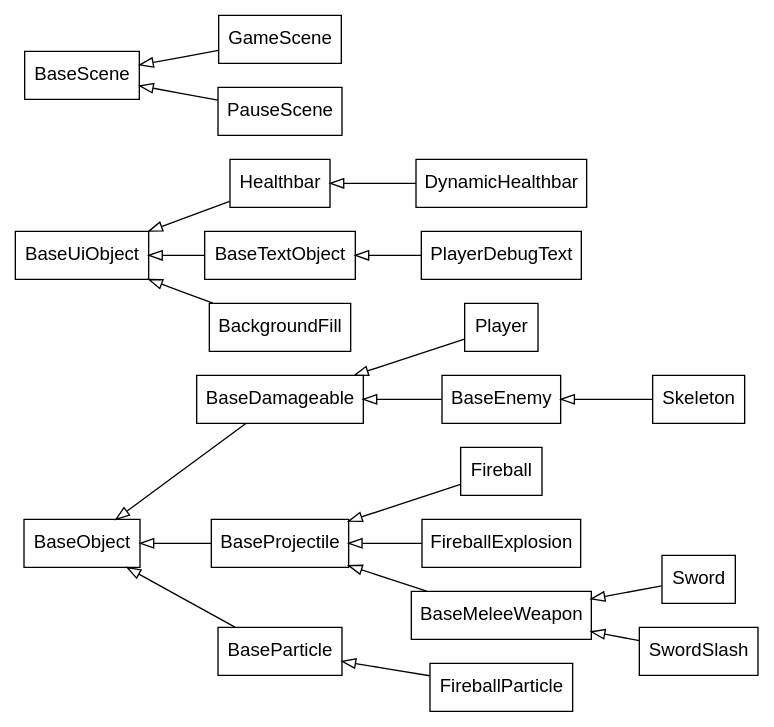
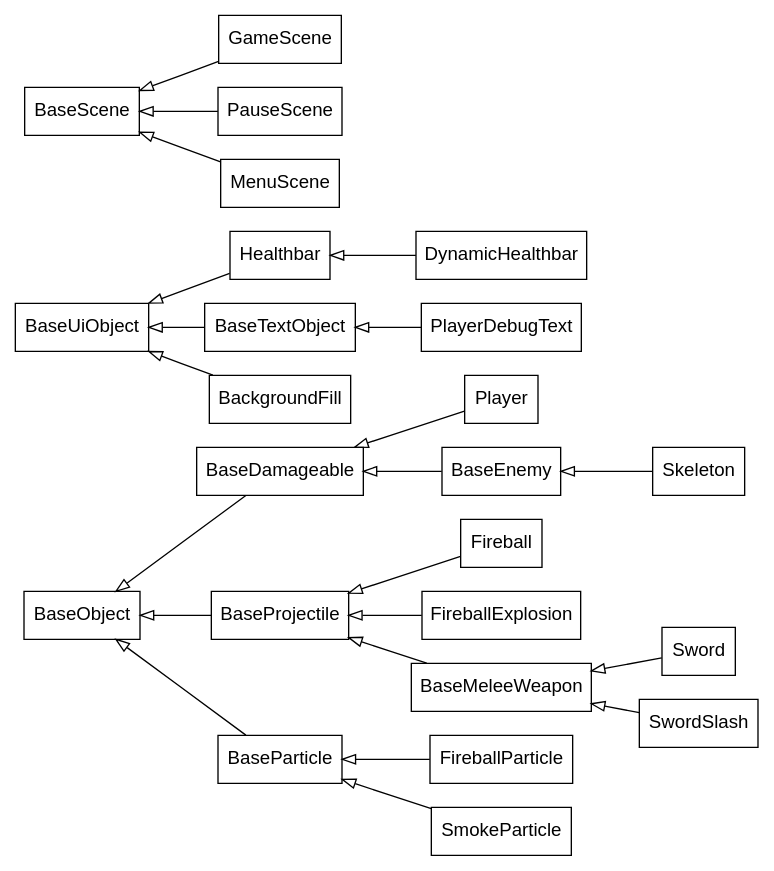
The diagram in inheritance.gv (lachfoy/2dgameABANDONED), drawn with Graphviz before and after one commit. The commit also changed 7 other files, not shown here.

```diff
--- a/inheritance.gv
+++ b/inheritance.gv
@@ -1,27 +1,27 @@
 digraph inheritance {
     //size="800,600"
     rankdir="LR"
     node [shape=box fontname="Helvetica,Arial,sans-serif"]
     edge [dir=back arrowtail=empty]
 
     subgraph objects {
         BaseObject->{BaseDamageable, BaseProjectile, BaseParticle}
         BaseDamageable->{Player, BaseEnemy}
         BaseProjectile->{Fireball, FireballExplosion, BaseMeleeWeapon}
-        BaseParticle->FireballParticle
+        BaseParticle->{FireballParticle, SmokeParticle}
         BaseMeleeWeapon->{Sword, SwordSlash}
         BaseEnemy->Skeleton
     }
 
     subgraph uiObjects {
         BaseUiObject->{Healthbar, BaseTextObject, BackgroundFill}
         Healthbar->DynamicHealthbar
         BaseTextObject->PlayerDebugText
     }
 
     subgraph scenes {
-        BaseScene->{GameScene, PauseScene}
+        BaseScene->{GameScene, PauseScene, MenuScene}
     }
 }
 
 // use `dot -Tpng -O inheritance.gv` to generate a .png
```
